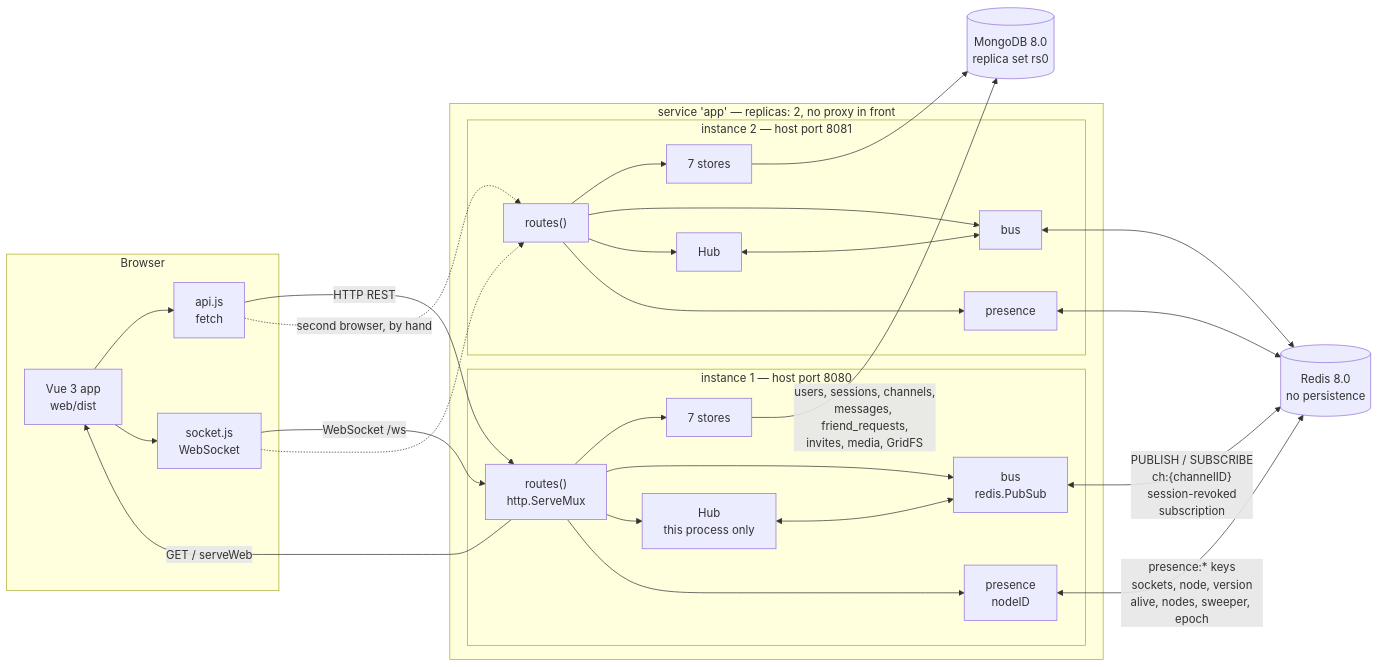
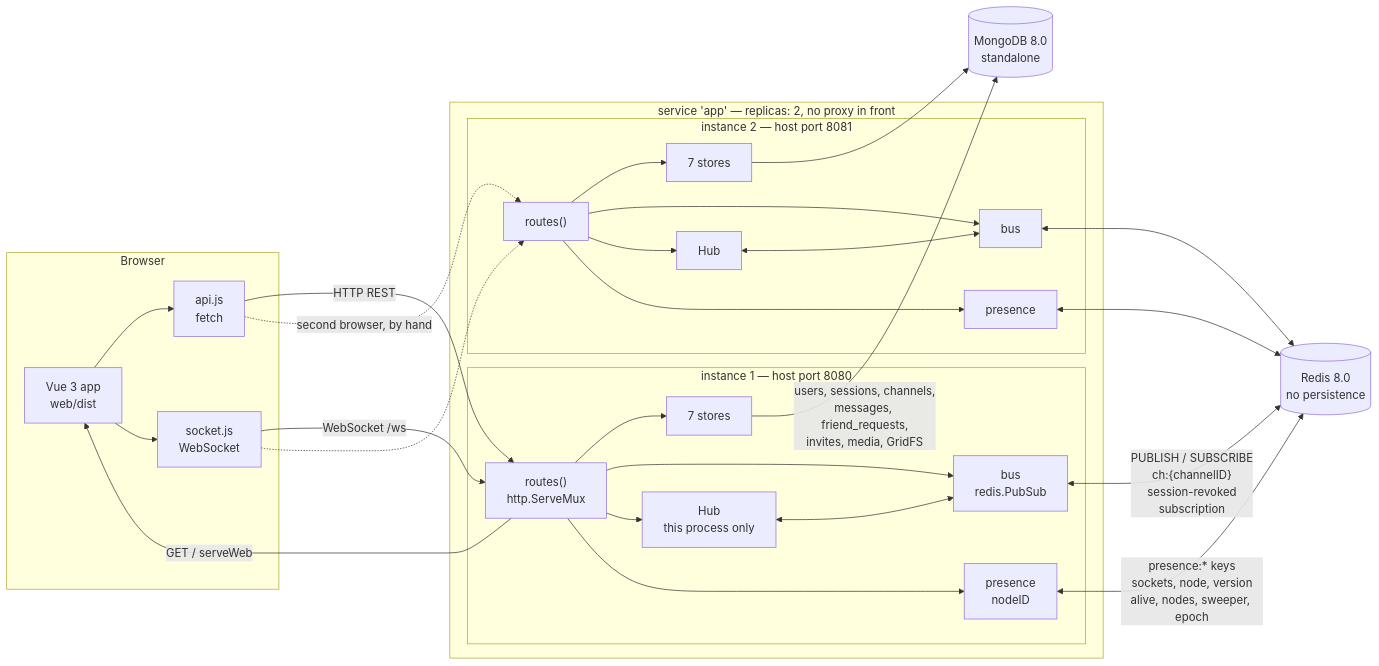
One commit to hdmtrn/nosql-messenger changed the diagram in docs/diagrams/system.mmd. Above: the diagram before and after it, drawn with Mermaid. The commit also changed 10 other files, not shown here.

```diff
--- a/docs/diagrams/system.mmd
+++ b/docs/diagrams/system.mmd
@@ -1,56 +1,56 @@
 %% Whole system: Vue client, two Go instances, Redis, MongoDB.
 %% Exact Redis key and topic formats are in the README tables.
 %% Sources: docker-compose.yml, Dockerfile, server/main.go, server/server.go,
 %% server/bus.go, server/presence.go, web/src/api.js, web/src/socket.js
 flowchart LR
   subgraph client["Browser"]
     vue["Vue 3 app<br/>web/dist"]
     apijs["api.js<br/>fetch"]
     wsjs["socket.js<br/>WebSocket"]
     vue --> apijs
     vue --> wsjs
   end
 
   subgraph app["service 'app' — replicas: 2, no proxy in front"]
     subgraph n1["instance 1 — host port 8080"]
       mux1["routes()<br/>http.ServeMux"]
       hub1["Hub<br/>this process only"]
       bus1["bus<br/>redis.PubSub"]
       pres1["presence<br/>nodeID"]
       st1["7 stores"]
       mux1 --> st1
       mux1 --> bus1
       mux1 --> hub1
       hub1 <--> bus1
       mux1 --> pres1
     end
     subgraph n2["instance 2 — host port 8081"]
       mux2["routes()"]
       hub2["Hub"]
       bus2["bus"]
       pres2["presence"]
       st2["7 stores"]
       mux2 --> st2
       mux2 --> bus2
       mux2 --> hub2
       hub2 <--> bus2
       mux2 --> pres2
     end
   end
 
   redis[("Redis 8.0<br/>no persistence")]
-  mongo[("MongoDB 8.0<br/>replica set rs0")]
+  mongo[("MongoDB 8.0<br/>standalone")]
 
   apijs -->|"HTTP REST"| mux1
   wsjs -->|"WebSocket /ws"| mux1
   apijs -.->|"second browser, by hand"| mux2
   wsjs -.-> mux2
   mux1 -->|"GET / serveWeb"| vue
 
   bus1 <-->|"PUBLISH / SUBSCRIBE<br/>ch:{channelID}<br/>session-revoked<br/>subscription"| redis
   bus2 <--> redis
   pres1 <-->|"presence:* keys<br/>sockets, node, version<br/>alive, nodes, sweeper, epoch"| redis
   pres2 <--> redis
 
   st1 -->|"users, sessions, channels,<br/>messages, friend_requests,<br/>invites, media, GridFS"| mongo
   st2 --> mongo
```
